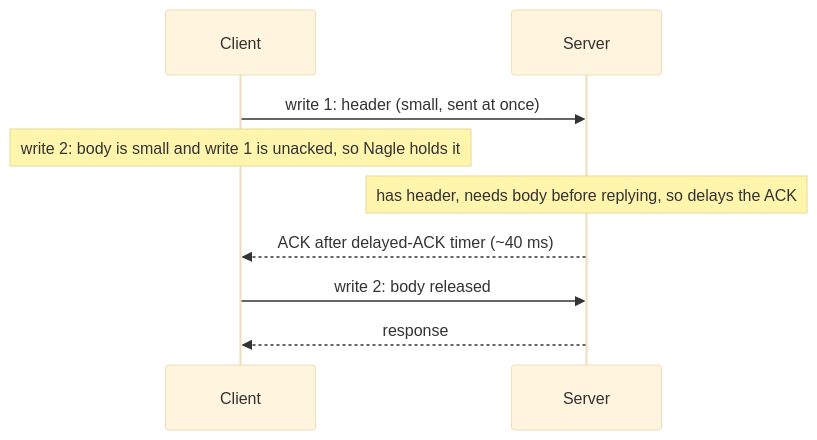
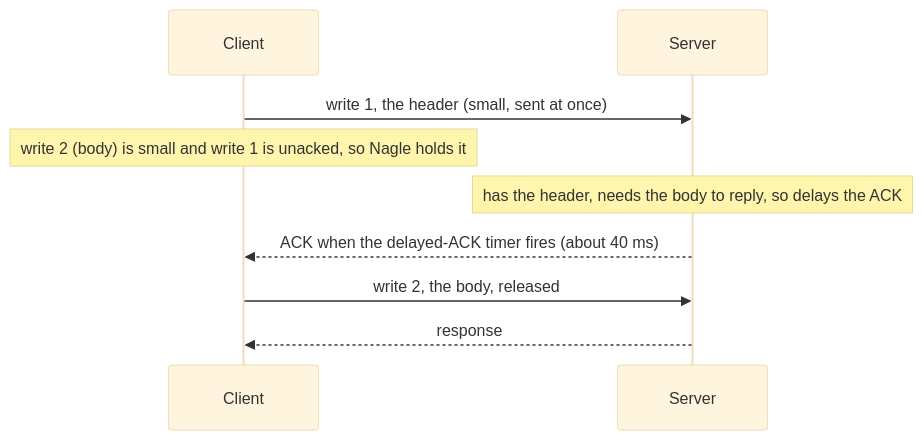
The first of 2 diagrams in content/tracks/08-networking/01-fundamentals/05-tcp-deep-dive.md (thull32/ascend), drawn with Mermaid (base theme) before and after one commit. The commit also changed other lines of this file and 203 other files, not shown here.

````diff
--- a/content/tracks/08-networking/01-fundamentals/05-tcp-deep-dive.md
+++ b/content/tracks/08-networking/01-fundamentals/05-tcp-deep-dive.md
@@ -243,11 +240,11 @@
 ```mermaid
 sequenceDiagram
     participant C as Client
     participant S as Server
-    C->>S: write 1: header (small, sent at once)
-    Note over C: write 2: body is small and write 1 is unacked, so Nagle holds it
-    Note over S: has header, needs body before replying, so delays the ACK
-    S-->>C: ACK after delayed-ACK timer (~40 ms)
-    C->>S: write 2: body released
+    C->>S: write 1, the header (small, sent at once)
+    Note over C: write 2 (body) is small and write 1 is unacked, so Nagle holds it
+    Note over S: has the header, needs the body to reply, so delays the ACK
+    S-->>C: ACK when the delayed-ACK timer fires (about 40 ms)
+    C->>S: write 2, the body, released
     S-->>C: response
 ```
````
